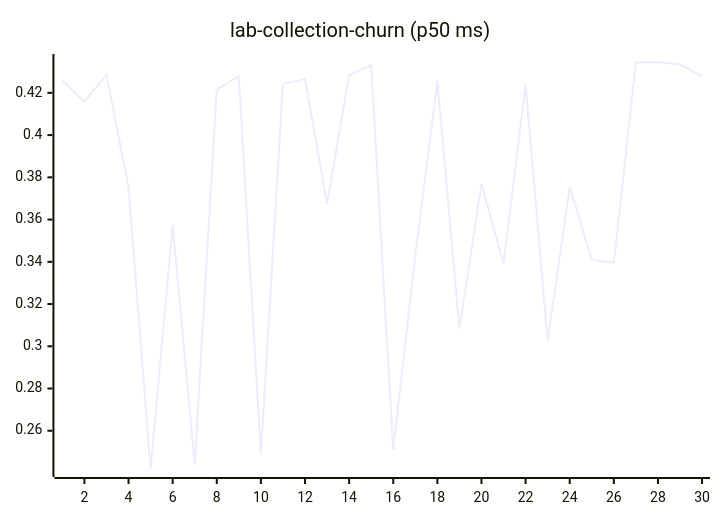
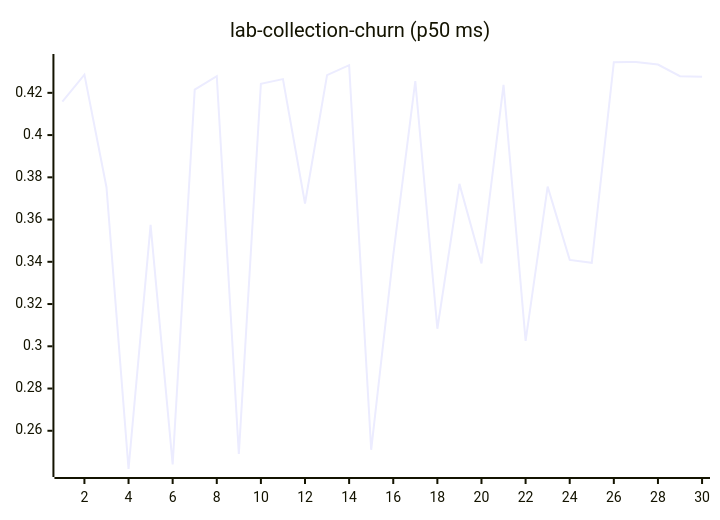
Before and after one commit to josha/Facet: diagram 11 of 27 in README.md, drawn with Mermaid. The commit also changed other lines of this file and 2 other files, not shown here.

````diff
--- a/README.md
+++ b/README.md
@@ -133,6 +133,6 @@
 ```mermaid
 xychart-beta
     title "lab-collection-churn (p50 ms)"
     x-axis 1 --> 30
-    line [0.4258, 0.4158, 0.4286, 0.3753, 0.2419, 0.3575, 0.2441, 0.4215, 0.4279, 0.2490, 0.4243, 0.4265, 0.3676, 0.4284, 0.4331, 0.2510, 0.3432, 0.4256, 0.3083, 0.3769, 0.3392, 0.4238, 0.3026, 0.3756, 0.3409, 0.3395, 0.4345, 0.4346, 0.4334, 0.4279]
+    line [0.4158, 0.4286, 0.3753, 0.2419, 0.3575, 0.2441, 0.4215, 0.4279, 0.2490, 0.4243, 0.4265, 0.3676, 0.4284, 0.4331, 0.2510, 0.3432, 0.4256, 0.3083, 0.3769, 0.3392, 0.4238, 0.3026, 0.3756, 0.3409, 0.3395, 0.4345, 0.4346, 0.4334, 0.4279, 0.4276]
 ```
````
